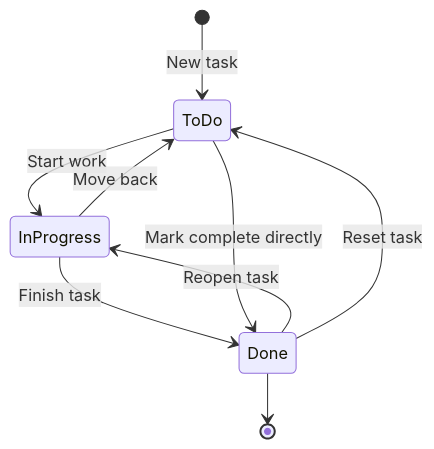
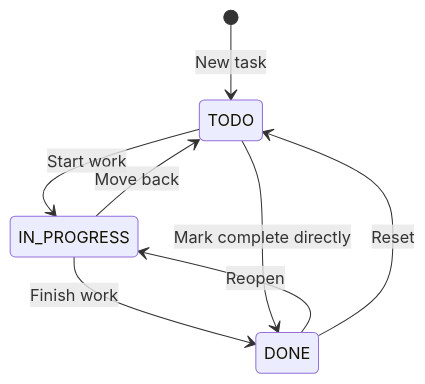
Before and after one commit to RobinWu98/MyJira: the ninth of 13 diagrams in requirement/diagrams.md, drawn with Mermaid. The commit also changed other lines of this file and 2 other files, not shown here.

````diff
--- a/requirement/diagrams.md
+++ b/requirement/diagrams.md
@@ -75,14 +261,10 @@
 ```mermaid
 stateDiagram-v2
-    [*] --> ToDo: New task
-
-    ToDo --> InProgress: Start work
-    InProgress --> Done: Finish task
-
-    InProgress --> ToDo: Move back
-    Done --> InProgress: Reopen task
-    ToDo --> Done: Mark complete directly
-    Done --> ToDo: Reset task
-
-    Done --> [*]
+    [*] --> TODO: New task
+    TODO --> IN_PROGRESS: Start work
+    IN_PROGRESS --> DONE: Finish work
+    IN_PROGRESS --> TODO: Move back
+    DONE --> IN_PROGRESS: Reopen
+    TODO --> DONE: Mark complete directly
+    DONE --> TODO: Reset
 ```
````
